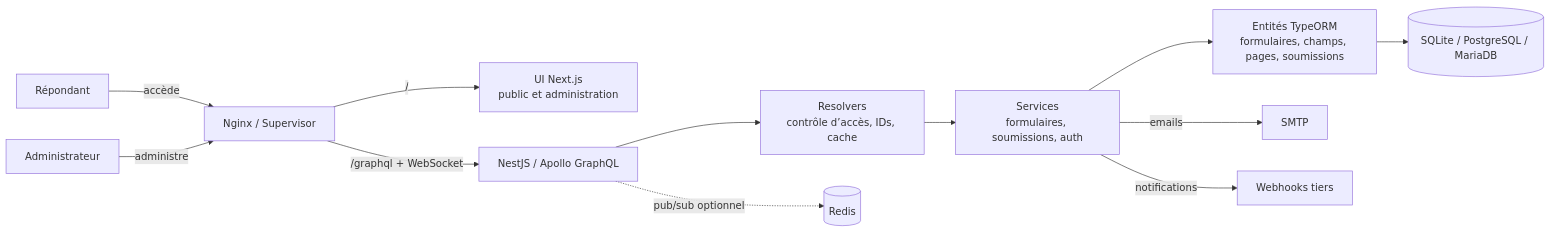
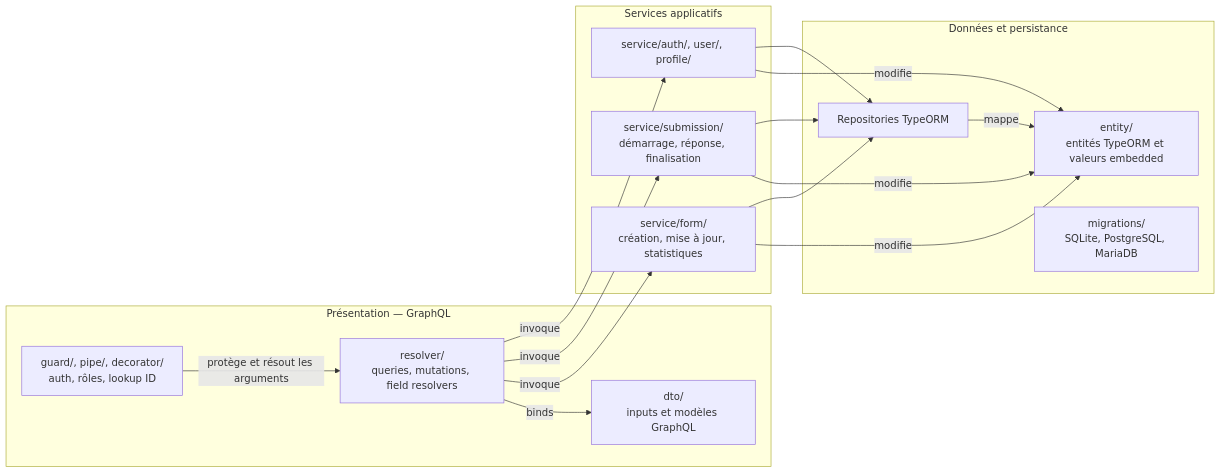
The third of 4 diagrams in README.fr.md (HoppR-tech/codeconform-bench), drawn with Mermaid before and after one commit. The commit also changed other lines of this file and 1 other file, not shown here.

Commit message:
docs: focus OhMyForm diagrams on code

````diff
--- a/README.fr.md
+++ b/README.fr.md
@@ -129,14 +131,30 @@
 ```mermaid
 flowchart LR
-    respondent[Répondant] -->|accède| nginx[Nginx / Supervisor]
-    admin[Administrateur] -->|administre| nginx
-    nginx -->|/| ui[UI Next.js\npublic et administration]
-    nginx -->|/graphql + WebSocket| api[NestJS / Apollo GraphQL]
-    api --> resolvers[Resolvers\ncontrôle d’accès, IDs, cache]
-    resolvers --> services[Services\nformulaires, soumissions, auth]
-    services --> entities[Entités TypeORM\nformulaires, champs, pages, soumissions]
-    entities --> db[(SQLite / PostgreSQL / MariaDB)]
-    api -.->|pub/sub optionnel| redis[(Redis)]
-    services -->|emails| smtp[SMTP]
-    services -->|notifications| webhooks[Webhooks tiers]
+    subgraph presentation[Présentation — GraphQL]
+        resolver[resolver/\nqueries, mutations, field resolvers]
+        dto[dto/\ninputs et modèles GraphQL]
+        boundary[guard/, pipe/, decorator/\nauth, rôles, lookup ID]
+    end
+    subgraph application[Services applicatifs]
+        formService[service/form/\ncréation, mise à jour, statistiques]
+        submissionService[service/submission/\ndémarrage, réponse, finalisation]
+        accountService[service/auth/, user/, profile/]
+    end
+    subgraph data[Données et persistance]
+        entity[entity/\nentités TypeORM et valeurs embedded]
+        repository[Repositories TypeORM]
+        migrations[migrations/\nSQLite, PostgreSQL, MariaDB]
+    end
+    resolver -->|binds| dto
+    boundary -->|protège et résout les arguments| resolver
+    resolver -->|invoque| formService
+    resolver -->|invoque| submissionService
+    resolver -->|invoque| accountService
+    formService -->|modifie| entity
+    submissionService -->|modifie| entity
+    accountService -->|modifie| entity
+    formService --> repository
+    submissionService --> repository
+    accountService --> repository
+    repository -->|mappe| entity
 ```
````
